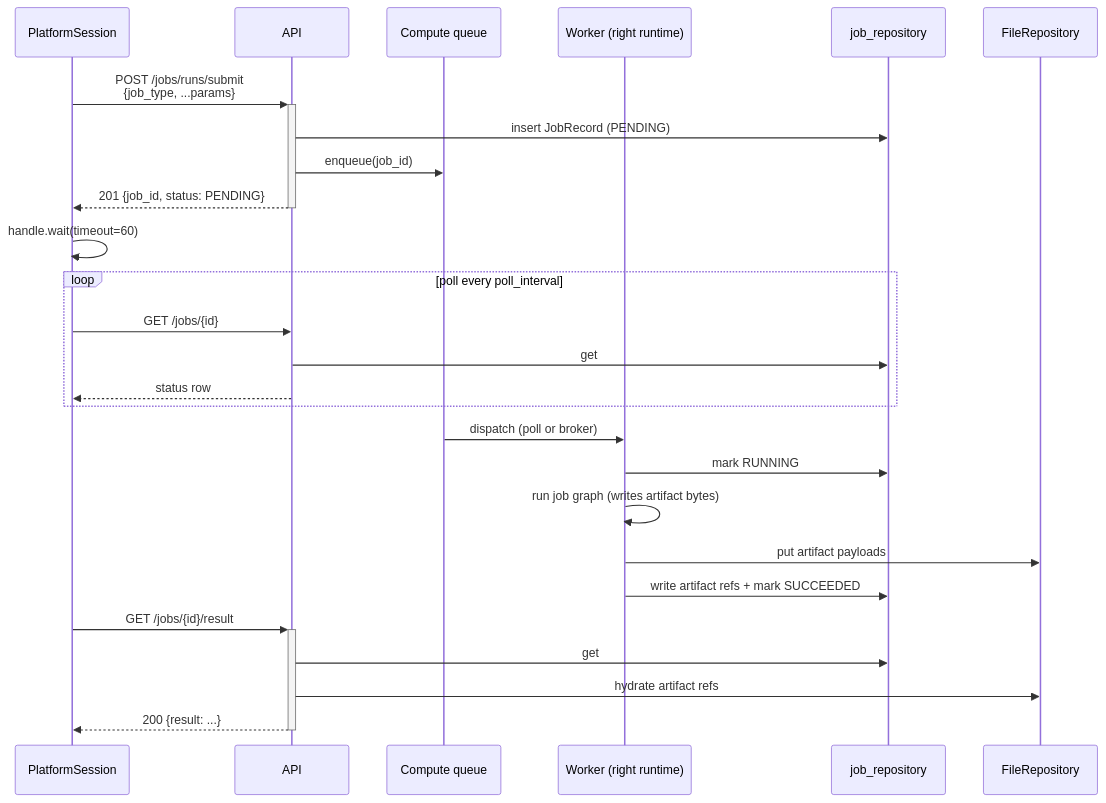
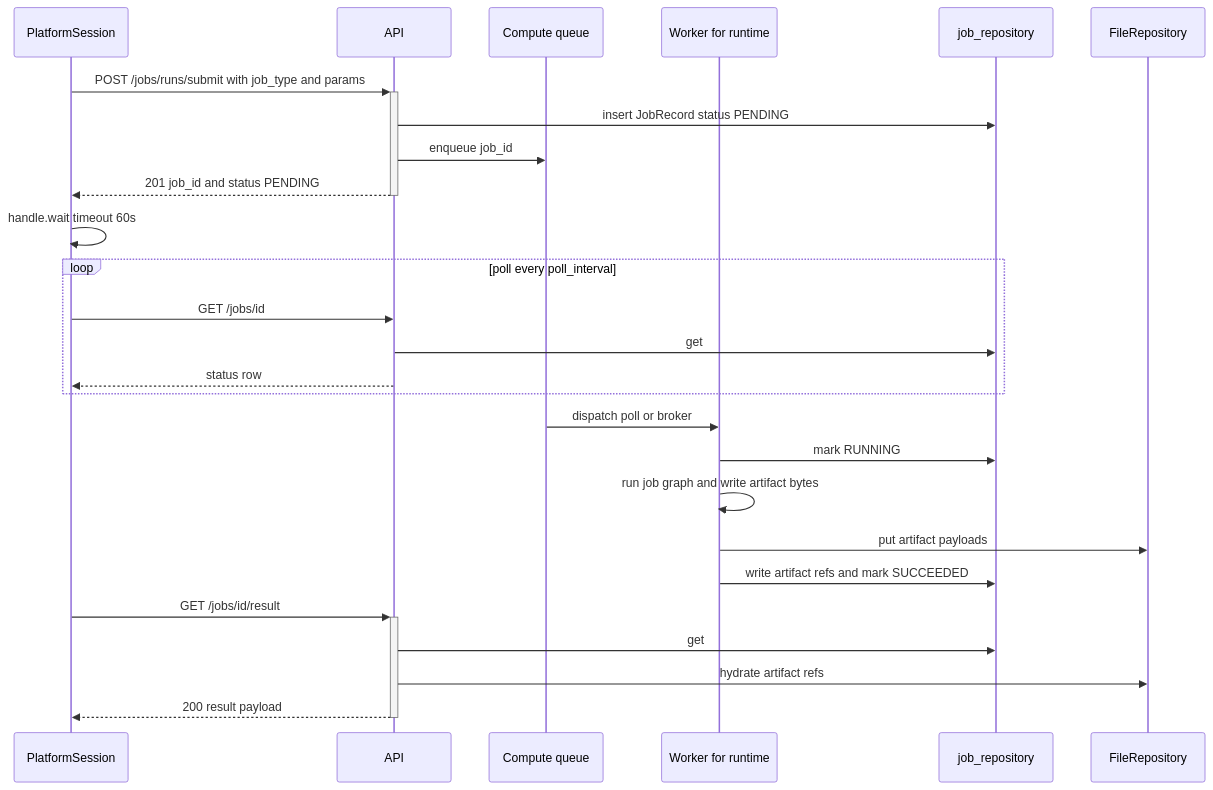
One commit to sepoul/ai-platform changed the fourth of 6 diagrams in docs/architecture.md. Above: the diagram before and after it, drawn with Mermaid. The commit also changed other lines of this file, not shown here.

First line of the commit message:
docs(architecture): fix mermaid diagrams not rendering on GitHub

````diff
--- a/docs/architecture.md
+++ b/docs/architecture.md
@@ -216,32 +216,32 @@
 ```mermaid
 sequenceDiagram
     participant Caller as PlatformSession
     participant API
     participant Q as Compute queue
-    participant W as Worker (right runtime)
+    participant W as Worker for runtime
     participant JR as job_repository
     participant FR as FileRepository
 
-    Caller->>+API: POST /jobs/runs/submit<br/>{job_type, ...params}
-    API->>JR: insert JobRecord (PENDING)
-    API->>Q: enqueue(job_id)
-    API-->>-Caller: 201 {job_id, status: PENDING}
+    Caller->>+API: POST /jobs/runs/submit with job_type and params
+    API->>JR: insert JobRecord status PENDING
+    API->>Q: enqueue job_id
+    API-->>-Caller: 201 job_id and status PENDING
 
-    Caller->>Caller: handle.wait(timeout=60)
+    Caller->>Caller: handle.wait timeout 60s
     loop poll every poll_interval
-        Caller->>API: GET /jobs/{id}
+        Caller->>API: GET /jobs/id
         API->>JR: get
         API-->>Caller: status row
     end
 
-    Q->>W: dispatch (poll or broker)
+    Q->>W: dispatch poll or broker
     W->>JR: mark RUNNING
-    W->>W: run job graph (writes artifact bytes)
+    W->>W: run job graph and write artifact bytes
     W->>FR: put artifact payloads
-    W->>JR: write artifact refs + mark SUCCEEDED
+    W->>JR: write artifact refs and mark SUCCEEDED
 
-    Caller->>+API: GET /jobs/{id}/result
+    Caller->>+API: GET /jobs/id/result
     API->>JR: get
     API->>FR: hydrate artifact refs
-    API-->>-Caller: 200 {result: ...}
+    API-->>-Caller: 200 result payload
 ```
````
